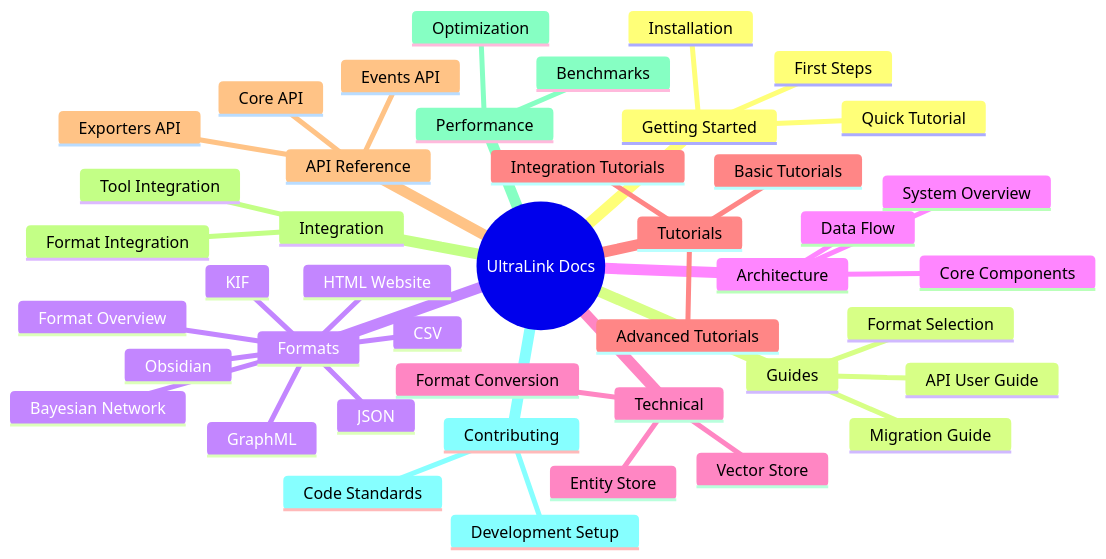
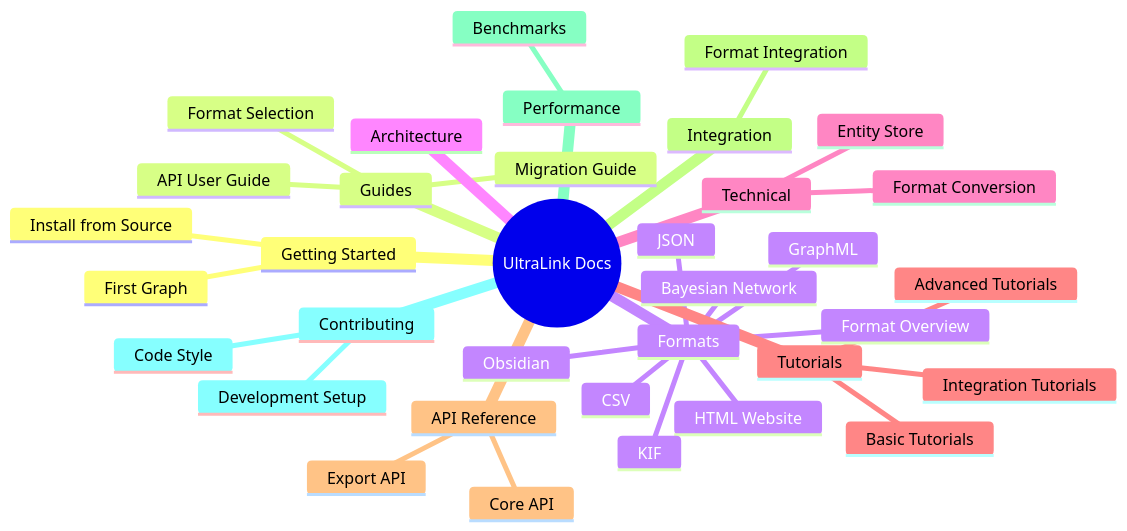
The diagram in docs/README.md (docxology/ultralink-docx), drawn with Mermaid before and after one commit. The commit also changed other lines of this file and 3 other files, not shown here.

````diff
--- a/docs/README.md
+++ b/docs/README.md
@@ -37,46 +35,38 @@
 ```mermaid
 mindmap
   root((UltraLink Docs))
     Getting Started
-      Installation
-      First Steps
-      Quick Tutorial
+      Install from Source
+      First Graph
     Guides
       API User Guide
       Format Selection
       Migration Guide
     Formats
       JSON
       GraphML
       CSV
       Obsidian
       HTML Website
       Bayesian Network
       KIF
       Format Overview
     Architecture
-      System Overview
-      Core Components
-      Data Flow
     Technical
       Format Conversion
       Entity Store
-      Vector Store
     Tutorials
       Basic Tutorials
       Advanced Tutorials
       Integration Tutorials
     API Reference
       Core API
-      Exporters API
-      Events API
+      Export API
     Integration
       Format Integration
-      Tool Integration
     Performance
       Benchmarks
-      Optimization
     Contributing
       Development Setup
-      Code Standards
+      Code Style
 ```
````
